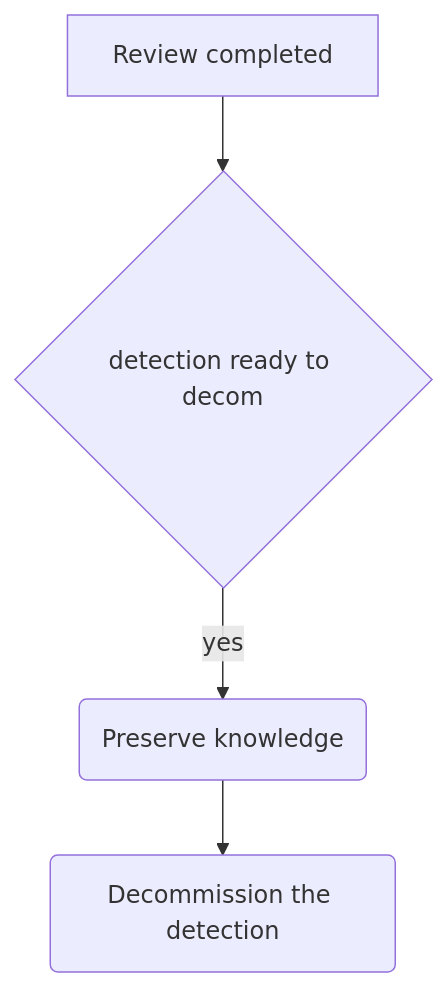
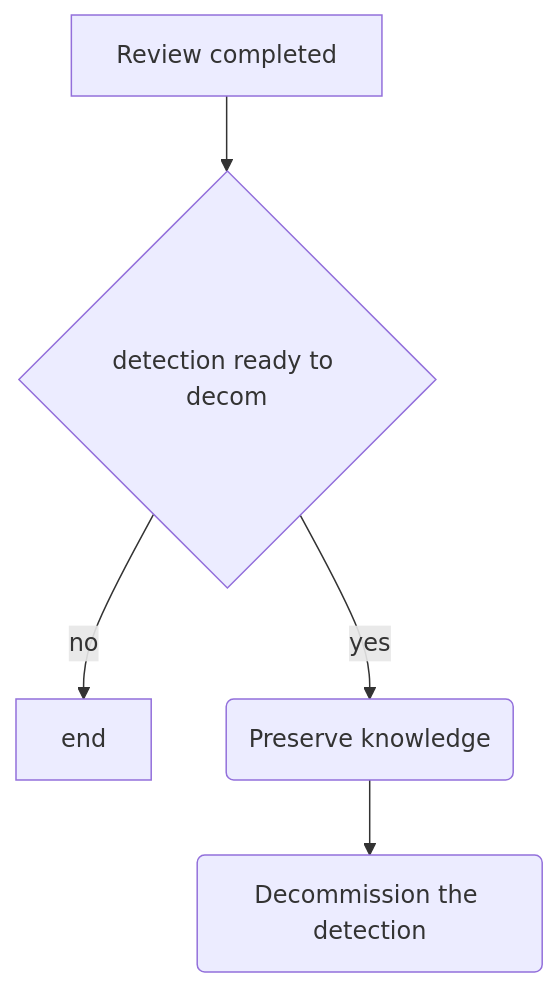
Before and after one commit to wealthsimple/odef: the third of 3 diagrams in README.md, drawn with Mermaid.

Commit message:
adding process flows2

````diff
--- a/README.md
+++ b/README.md
@@ -404,6 +404,7 @@
 ```mermaid 
 graph TD;
 Review1[Review completed] --> Review2;
+Review2{detection ready to decom} -->|no| End[end];
 Review2{detection ready to decom} -->|yes| Preserve(Preserve knowledge);
 Preserve --> Decommission(Decommission the detection);
 ```
````
